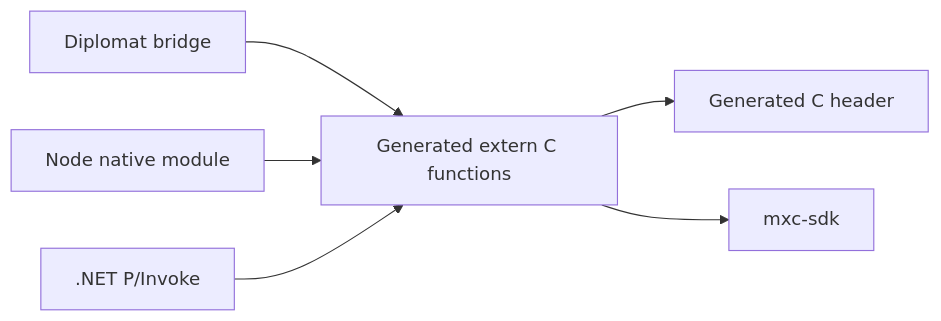
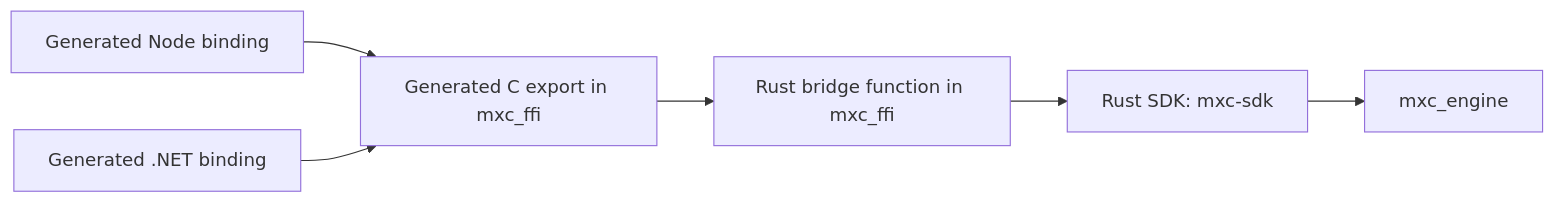
The second of 4 diagrams in docs/designs/SDK/02-core-ffi.md (microsoft/mxc), drawn with Mermaid before and after one commit. The commit also changed other lines of this file and 3 other files, not shown here.

````diff
--- a/docs/designs/SDK/02-core-ffi.md
+++ b/docs/designs/SDK/02-core-ffi.md
@@ -7,8 +20,8 @@
 ```mermaid
 flowchart LR
-    B[Diplomat bridge] --> C[Generated extern C functions]
-    C --> H[Generated C header]
-    C --> S[mxc-sdk]
-    N[Node native module] --> C
-    D[.NET P/Invoke] --> C
+    N[Generated Node binding] --> C[Generated C export in mxc_ffi]
+    D[Generated .NET binding] --> C
+    C --> B[Rust bridge function in mxc_ffi]
+    B --> S[Rust SDK: mxc-sdk]
+    S --> E[mxc_engine]
 ```
````
